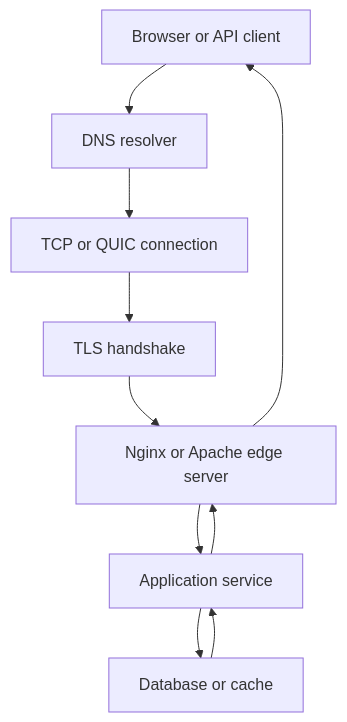
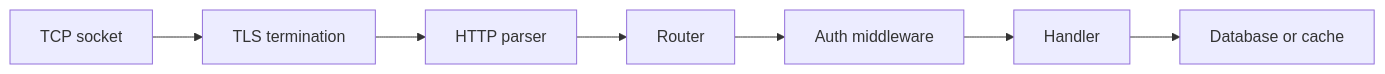
Before and after one commit to ShasidharReddy/Linux: the sixth of 27 diagrams in 06-WebServers/01-http-fundamentals.md, drawn with Mermaid. The commit also changed other lines of this file and 25 other files, not shown here.

First line of the commit message:
docs: visual protocol guides with diagrams & educational images (#3)

````diff
--- a/06-WebServers/01-http-fundamentals.md
+++ b/06-WebServers/01-http-fundamentals.md
@@ -640,12 +508,4 @@
 ```mermaid
-graph TD
-    A["Browser or API client"] --> B["DNS resolver"]
-    B --> C["TCP or QUIC connection"]
-    C --> D["TLS handshake"]
-    D --> E["Nginx or Apache edge server"]
-    E --> F["Application service"]
-    F --> G["Database or cache"]
-    G --> F
-    F --> E
-    E --> A
+graph LR
+    A["TCP socket"] --> B["TLS termination"] --> C["HTTP parser"] --> D["Router"] --> E["Auth middleware"] --> F["Handler"] --> G["Database or cache"]
 ```
````
